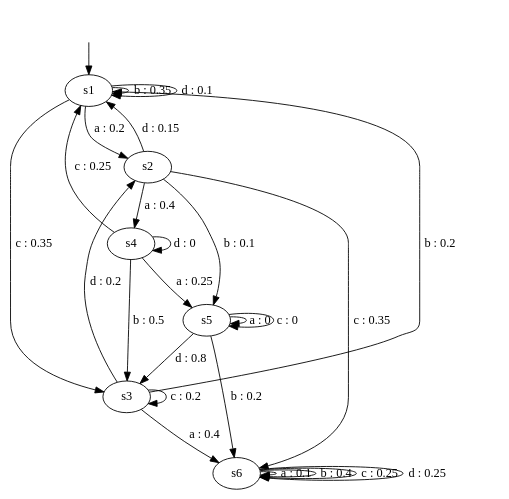
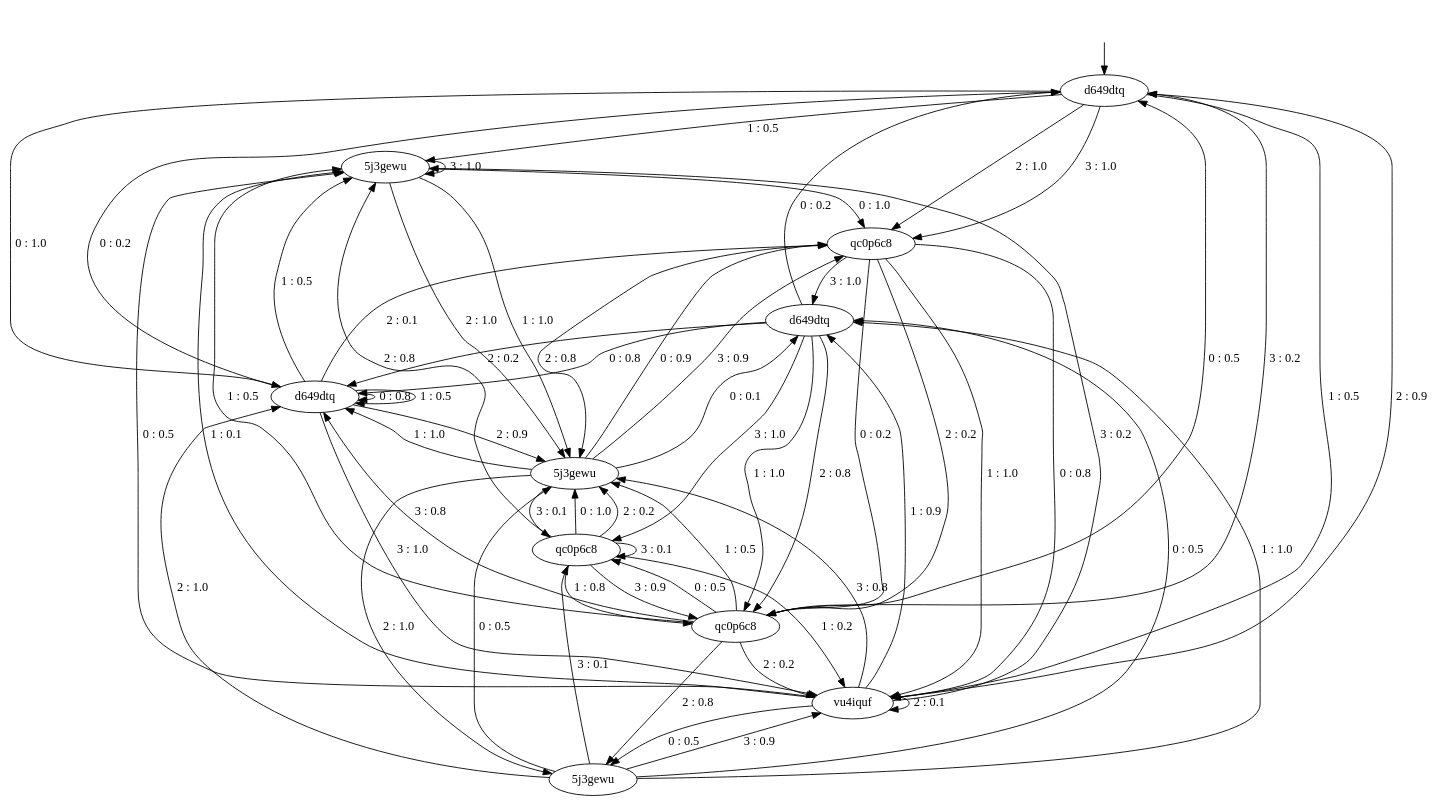
The diagram in graphs/original.dot (DES-Lab/AALpy), drawn with Graphviz before and after one commit. The commit also changed 7 other files, not shown here.

```diff
--- a/graphs/original.dot
+++ b/graphs/original.dot
@@ -1,34 +1,77 @@
 digraph "graphs/original" {
-s1 [label=s1];
-s2 [label=s2];
-s3 [label=s3];
-s4 [label=s4];
-s5 [label=s5];
-s6 [label=s6];
-s1 -> s2  [label="a : 0.2"];
-s1 -> s1  [label="b : 0.35"];
-s1 -> s3  [label="c : 0.35"];
-s1 -> s1  [label="d : 0.1"];
-s2 -> s4  [label="a : 0.4"];
-s2 -> s5  [label="b : 0.1"];
-s2 -> s6  [label="c : 0.35"];
-s2 -> s1  [label="d : 0.15"];
-s3 -> s6  [label="a : 0.4"];
-s3 -> s1  [label="b : 0.2"];
-s3 -> s3  [label="c : 0.2"];
-s3 -> s2  [label="d : 0.2"];
-s4 -> s5  [label="a : 0.25"];
-s4 -> s3  [label="b : 0.5"];
-s4 -> s1  [label="c : 0.25"];
-s4 -> s4  [label="d : 0"];
-s5 -> s5  [label="a : 0"];
-s5 -> s6  [label="b : 0.2"];
-s5 -> s5  [label="c : 0"];
-s5 -> s3  [label="d : 0.8"];
-s6 -> s6  [label="a : 0.1"];
-s6 -> s6  [label="b : 0.4"];
-s6 -> s6  [label="c : 0.25"];
-s6 -> s6  [label="d : 0.25"];
+q0 [label=d649dtq];
+q1 [label=qc0p6c8];
+q2 [label="5j3gewu"];
+q3 [label=d649dtq];
+q4 [label="5j3gewu"];
+q5 [label=qc0p6c8];
+q6 [label=qc0p6c8];
+q7 [label=vu4iquf];
+q8 [label=d649dtq];
+q9 [label="5j3gewu"];
+q0 -> q8  [label="0 : 1.0"];
+q0 -> q4  [label="1 : 0.5"];
+q0 -> q7  [label="1 : 0.5"];
+q0 -> q6  [label="2 : 1.0"];
+q0 -> q6  [label="3 : 1.0"];
+q1 -> q9  [label="0 : 1.0"];
+q1 -> q5  [label="1 : 0.8"];
+q1 -> q7  [label="1 : 0.2"];
+q1 -> q4  [label="2 : 0.8"];
+q1 -> q9  [label="2 : 0.2"];
+q1 -> q5  [label="3 : 0.9"];
+q1 -> q1  [label="3 : 0.1"];
+q2 -> q9  [label="0 : 0.5"];
+q2 -> q3  [label="0 : 0.5"];
+q2 -> q3  [label="1 : 1.0"];
+q2 -> q8  [label="2 : 1.0"];
+q2 -> q7  [label="3 : 0.9"];
+q2 -> q1  [label="3 : 0.1"];
+q3 -> q8  [label="0 : 0.8"];
+q3 -> q0  [label="0 : 0.2"];
+q3 -> q5  [label="1 : 1.0"];
+q3 -> q5  [label="2 : 0.8"];
+q3 -> q8  [label="2 : 0.2"];
+q3 -> q1  [label="3 : 1.0"];
+q4 -> q6  [label="0 : 1.0"];
+q4 -> q9  [label="1 : 1.0"];
+q4 -> q9  [label="2 : 1.0"];
+q4 -> q4  [label="3 : 1.0"];
+q5 -> q0  [label="0 : 0.5"];
+q5 -> q1  [label="0 : 0.5"];
+q5 -> q9  [label="1 : 0.5"];
+q5 -> q4  [label="1 : 0.5"];
+q5 -> q2  [label="2 : 0.8"];
+q5 -> q7  [label="2 : 0.2"];
+q5 -> q8  [label="3 : 0.8"];
+q5 -> q0  [label="3 : 0.2"];
+q6 -> q7  [label="0 : 0.8"];
+q6 -> q5  [label="0 : 0.2"];
+q6 -> q7  [label="1 : 1.0"];
+q6 -> q9  [label="2 : 0.8"];
+q6 -> q5  [label="2 : 0.2"];
+q6 -> q3  [label="3 : 1.0"];
+q7 -> q2  [label="0 : 0.5"];
+q7 -> q4  [label="0 : 0.5"];
+q7 -> q3  [label="1 : 0.9"];
+q7 -> q4  [label="1 : 0.1"];
+q7 -> q0  [label="2 : 0.9"];
+q7 -> q7  [label="2 : 0.1"];
+q7 -> q9  [label="3 : 0.8"];
+q7 -> q4  [label="3 : 0.2"];
+q8 -> q8  [label="0 : 0.8"];
+q8 -> q0  [label="0 : 0.2"];
+q8 -> q8  [label="1 : 0.5"];
+q8 -> q4  [label="1 : 0.5"];
+q8 -> q9  [label="2 : 0.9"];
+q8 -> q6  [label="2 : 0.1"];
+q8 -> q7  [label="3 : 1.0"];
+q9 -> q6  [label="0 : 0.9"];
+q9 -> q3  [label="0 : 0.1"];
+q9 -> q8  [label="1 : 1.0"];
+q9 -> q2  [label="2 : 1.0"];
+q9 -> q6  [label="3 : 0.9"];
+q9 -> q1  [label="3 : 0.1"];
 __start0 [label="", shape=none];
-__start0 -> s1  [label=""];
+__start0 -> q0  [label=""];
 }
```
